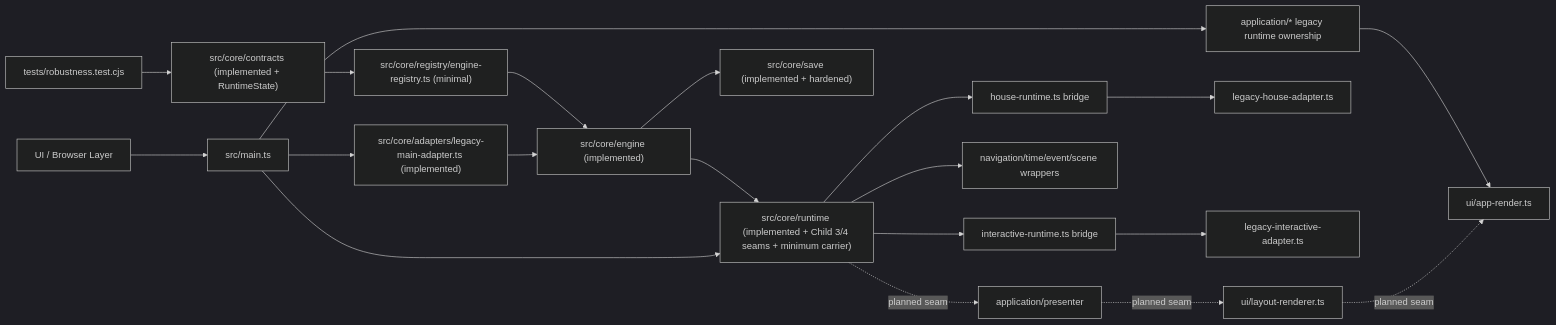
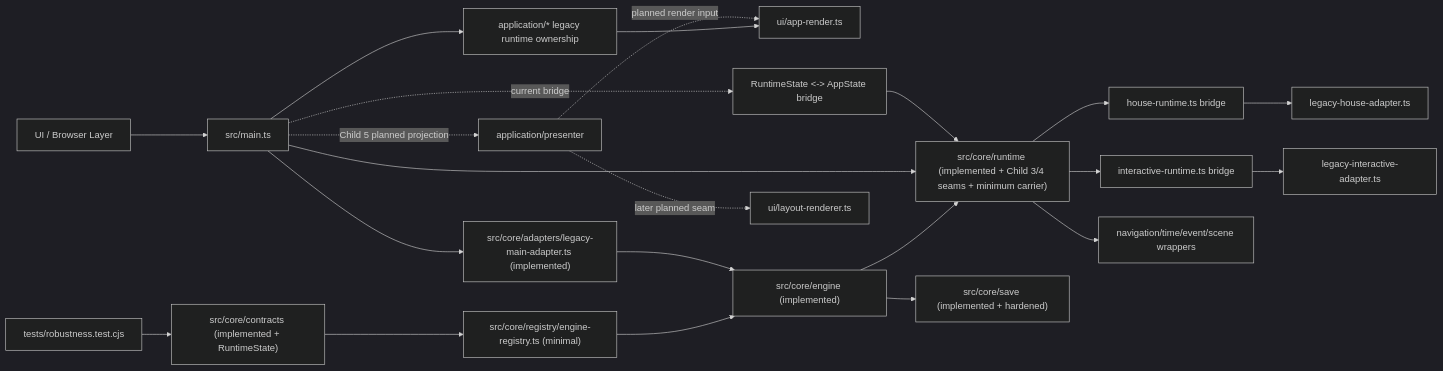
One commit to MA141277/RPG_TG changed the first of 5 diagrams in docs/superpowers/weekly/2026-06-29-weekly-architecture-report.md. Above: the diagram before and after it, drawn with Mermaid (dark theme). The commit also changed other lines of this file and 13 other files, not shown here.

Commit message:
docs: formalize child 6 task runtime plan

````diff
--- a/docs/superpowers/weekly/2026-06-29-weekly-architecture-report.md
+++ b/docs/superpowers/weekly/2026-06-29-weekly-architecture-report.md
@@ -24,22 +24,24 @@
 ```mermaid
 flowchart LR
     UI["UI / Browser Layer"] --> MAIN["src/main.ts"]
     MAIN --> APP["application/* legacy runtime ownership"]
     APP --> UIR["ui/app-render.ts"]
+    MAIN -. current bridge .-> RSBRIDGE["RuntimeState <-> AppState bridge"]
     COREC["src/core/contracts (implemented + RuntimeState)"] --> CORER["src/core/registry/engine-registry.ts (minimal)"]
     CORER --> COREE["src/core/engine (implemented)"]
     COREE --> CORERT["src/core/runtime (implemented + Child 3/4 seams + minimum carrier)"]
     COREE --> CORES["src/core/save (implemented + hardened)"]
     MAIN --> ADAPTER["src/core/adapters/legacy-main-adapter.ts (implemented)"]
     ADAPTER --> COREE
     MAIN --> CORERT
+    RSBRIDGE --> CORERT
     CORERT --> HOUCERT["house-runtime.ts bridge"]
     CORERT --> INTRT["interactive-runtime.ts bridge"]
     HOUCERT --> HOUSEAD["legacy-house-adapter.ts"]
     INTRT --> INTAD["legacy-interactive-adapter.ts"]
     CORERT --> NAVRT["navigation/time/event/scene wrappers"]
-    CORERT -. planned seam .-> PRESENTER["application/presenter"]
-    PRESENTER -. planned seam .-> UIL["ui/layout-renderer.ts"]
-    UIL -. planned seam .-> UIR
+    MAIN -. Child 5 planned projection .-> PRESENTER["application/presenter"]
+    PRESENTER -. planned render input .-> UIR
+    PRESENTER -. later planned seam .-> UIL["ui/layout-renderer.ts"]
     TESTS["tests/robustness.test.cjs"] --> COREC
 ```
````
